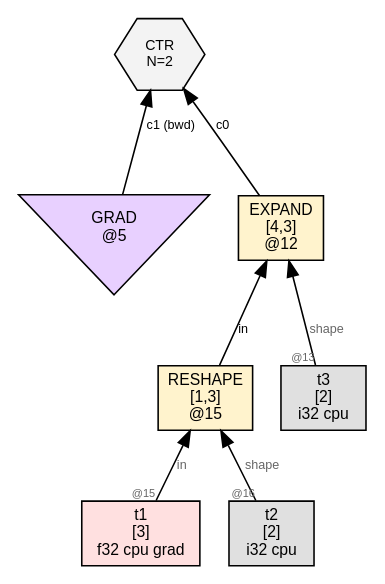
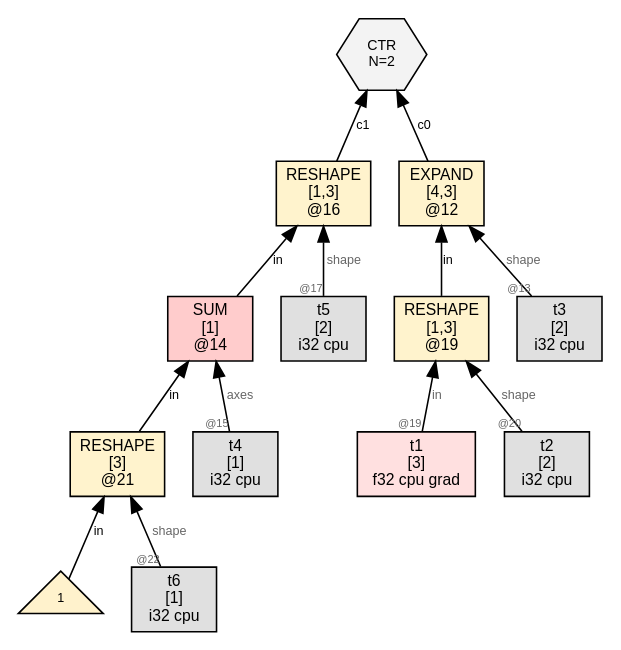
The diagram in wl/examples/thvm_graphs/grad_rules/expand/thvm_2_post_sweep.dot (sw1sh/TinyHVM), drawn with Graphviz before and after one commit. The commit also changed 12 other files, not shown here.

First line of the commit message:
grad: shape-aware EXPAND and RESHAPE backward for TAG_GF/TAG_GB pair

```diff
--- a/wl/examples/thvm_graphs/grad_rules/expand/thvm_2_post_sweep.dot
+++ b/wl/examples/thvm_graphs/grad_rules/expand/thvm_2_post_sweep.dot
@@ -1,19 +1,31 @@
 digraph G {
   rankdir=BT;
   node [fontname="Helvetica", fontsize=10, style=filled, shape=box, margin="0.1,0.05"];
   edge [fontsize=8, fontname="Helvetica"];
 
   n12 [label="EXPAND\n[4,3]\n@12", shape=box, fillcolor="#fff3cd"];
-  n15 -> n12 [label="in"];
+  n19 -> n12 [label="in"];
   t3 [label="t3\n[2]\ni32 cpu",shape=box,fillcolor="#e0e0e0"];
   t3 -> n12 [label="shape",taillabel="@13",labelfontsize=7,fontcolor="#666666"];
+  n16 [label="RESHAPE\n[1,3]\n@16", shape=box, fillcolor="#fff3cd"];
+  n14 -> n16 [label="in"];
+  t5 [label="t5\n[2]\ni32 cpu",shape=box,fillcolor="#e0e0e0"];
+  t5 -> n16 [label="shape",taillabel="@17",labelfontsize=7,fontcolor="#666666"];
   ctr8 [label="CTR\nN=2", shape=hexagon, fillcolor="#f3f3f3", fontsize=9];
   n12 -> ctr8 [label="c0"];
-  grad5 [label="GRAD\n@5", shape=invtriangle, fillcolor="#e8d0ff"];
-  grad5 -> ctr8 [label="c1 (bwd)"];
-  n15 [label="RESHAPE\n[1,3]\n@15", shape=box, fillcolor="#fff3cd"];
+  n16 -> ctr8 [label="c1"];
+  n19 [label="RESHAPE\n[1,3]\n@19", shape=box, fillcolor="#fff3cd"];
   t1 [label="t1\n[3]\nf32 cpu grad",shape=box,fillcolor="#ffe0e0"];
-  t1 -> n15 [label="in",taillabel="@15",labelfontsize=7,fontcolor="#666666"];
+  t1 -> n19 [label="in",taillabel="@19",labelfontsize=7,fontcolor="#666666"];
   t2 [label="t2\n[2]\ni32 cpu",shape=box,fillcolor="#e0e0e0"];
-  t2 -> n15 [label="shape",taillabel="@16",labelfontsize=7,fontcolor="#666666"];
+  t2 -> n19 [label="shape",taillabel="@20",labelfontsize=7,fontcolor="#666666"];
+  n21 [label="RESHAPE\n[3]\n@21", shape=box, fillcolor="#fff3cd"];
+  num21_0 [label="1",shape=triangle,fillcolor="#fff2cc",fontsize=8];
+  num21_0 -> n21 [label="in"];
+  t6 [label="t6\n[1]\ni32 cpu",shape=box,fillcolor="#e0e0e0"];
+  t6 -> n21 [label="shape",taillabel="@22",labelfontsize=7,fontcolor="#666666"];
+  n14 [label="SUM\n[1]\n@14", shape=box, fillcolor="#ffcccc"];
+  n21 -> n14 [label="in"];
+  t4 [label="t4\n[1]\ni32 cpu",shape=box,fillcolor="#e0e0e0"];
+  t4 -> n14 [label="axes",taillabel="@15",labelfontsize=7,fontcolor="#666666"];
 }
```
